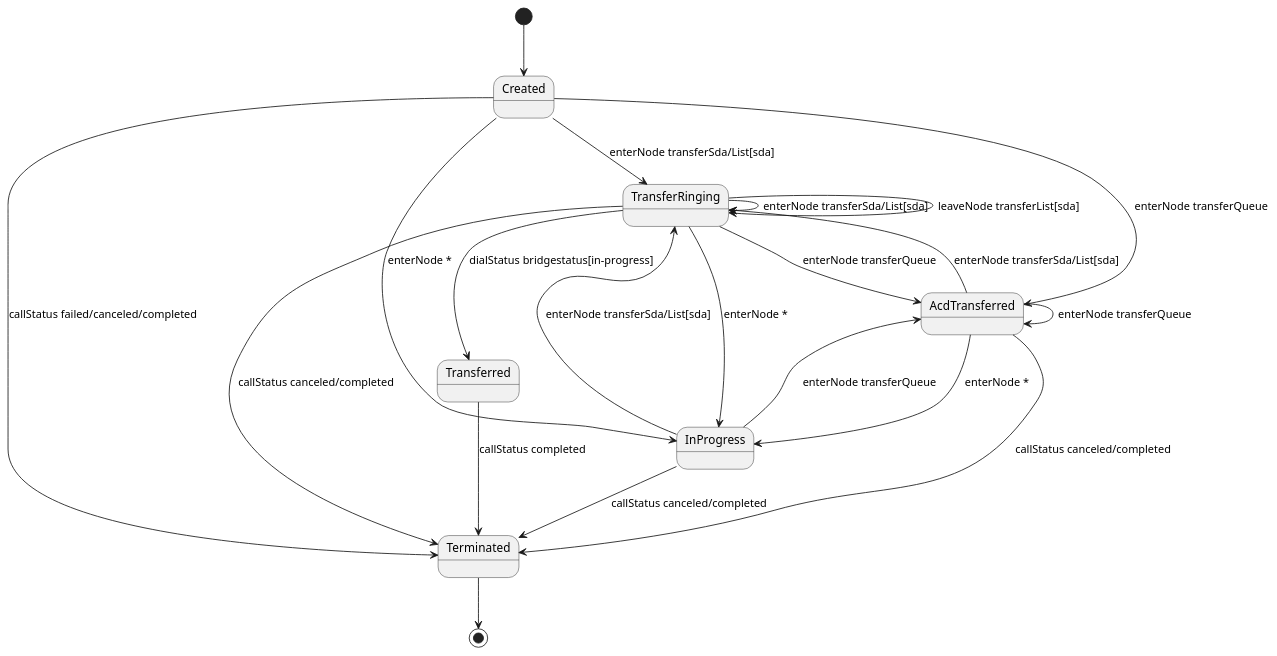
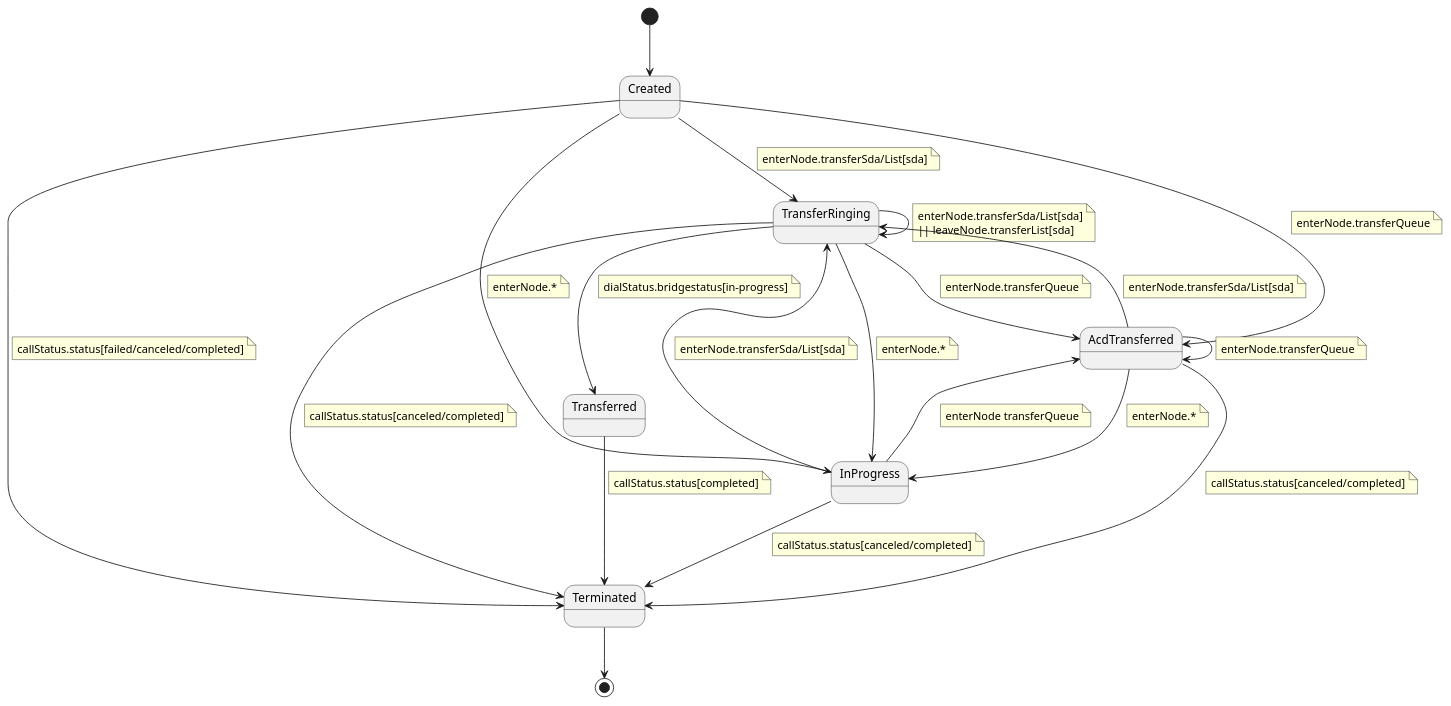
One commit to eauc/cljs_ivr changed the second of 6 diagrams in Readme.org. Above: the diagram before and after it, drawn with PlantUML. The commit also changed other lines of this file and 6 other files, not shown here.

```diff
--- a/Readme.org
+++ b/Readme.org
@@ -242,31 +425,82 @@
-#+BEGIN_SRC plantuml :file build/SM.png :exports results
+#+BEGIN_SRC plantuml :file doc/SM_state.png :exports results
 @startuml
 
 [*] --> Created
-Created --> TransferRinging : enterNode transferSda/List[sda]
-Created --> AcdTransferred : enterNode transferQueue
-Created --> InProgress : enterNode *
-Created --> Terminated : callStatus failed/canceled/completed
+Created --> TransferRinging
+note right on link
+enterNode.transferSda/List[sda]
+end note
+Created --> AcdTransferred
+note right on link
+enterNode.transferQueue
+end note
+Created --> InProgress
+note right on link
+enterNode.*
+end note
+Created --> Terminated
+note right on link
+callStatus.status[failed/canceled/completed]
+end note
 
-TransferRinging --> Transferred : dialStatus bridgestatus[in-progress]
-TransferRinging --> Terminated : callStatus canceled/completed
-TransferRinging --> TransferRinging : enterNode transferSda/List[sda]
-TransferRinging --> TransferRinging : leaveNode transferList[sda]
-TransferRinging --> AcdTransferred : enterNode transferQueue
-TransferRinging --> InProgress : enterNode *
+TransferRinging --> Transferred
+note right on link
+dialStatus.bridgestatus[in-progress]
+end note
+TransferRinging --> Terminated
+note right on link
+callStatus.status[canceled/completed]
+end note
+TransferRinging --> TransferRinging
+note right on link
+enterNode.transferSda/List[sda]
+|| leaveNode.transferList[sda]
+end note
+TransferRinging --> AcdTransferred
+note right on link
+enterNode.transferQueue
+end note
+TransferRinging --> InProgress
+note right on link
+enterNode.*
+end note
 
-InProgress --> Terminated : callStatus canceled/completed
-InProgress --> TransferRinging : enterNode transferSda/List[sda]
-InProgress --> AcdTransferred : enterNode transferQueue
+InProgress --> Terminated
+note right on link
+callStatus.status[canceled/completed]
+end note
+InProgress --> TransferRinging
+note right on link
+enterNode.transferSda/List[sda]
+end note
+InProgress --> AcdTransferred
+note right on link
+enterNode transferQueue
+end note
 
-Transferred --> Terminated : callStatus completed
+Transferred --> Terminated
+note right on link
+callStatus.status[completed]
+end note
 
-AcdTransferred --> TransferRinging : enterNode transferSda/List[sda]
-AcdTransferred --> AcdTransferred : enterNode transferQueue
-AcdTransferred --> InProgress : enterNode *
-AcdTransferred --> Terminated : callStatus canceled/completed
+AcdTransferred --> TransferRinging
+note right on link
+enterNode.transferSda/List[sda]
+end note
+AcdTransferred --> AcdTransferred
+note right on link
+enterNode.transferQueue
+end note
+AcdTransferred --> InProgress
+note right on link
+enterNode.*
+end note
+AcdTransferred --> Terminated
+note right on link
+callStatus.status[canceled/completed]
+end note
 
 Terminated --> [*]
 
 @enduml
 #+END_SRC
```
